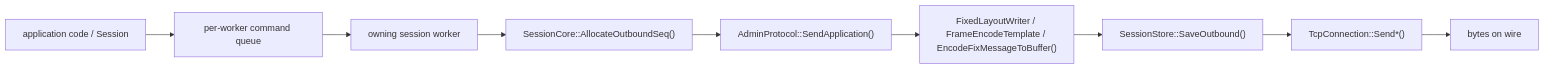
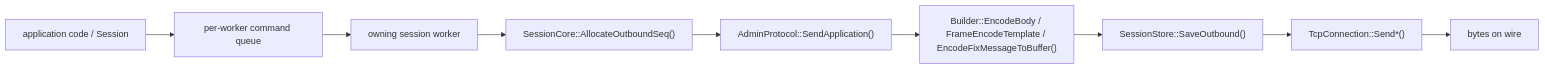
The third of 4 diagrams in docs/architecture.md (yhwwwwww/nimblefix), drawn with Mermaid before and after one commit. The commit also changed other lines of this file and 11 other files, not shown here.

````diff
--- a/docs/architecture.md
+++ b/docs/architecture.md
@@ -710,11 +697,11 @@
 ```mermaid
 flowchart LR
     APP["application code / Session<Profile>"] --> CMD["per-worker command queue"]
     CMD --> WORKER["owning session worker"]
     WORKER --> SEQ["SessionCore::AllocateOutboundSeq()"]
     SEQ --> SEND["AdminProtocol::SendApplication()"]
-    SEND --> ENC["FixedLayoutWriter / FrameEncodeTemplate / EncodeFixMessageToBuffer()"]
+    SEND --> ENC["Builder::EncodeBody / FrameEncodeTemplate / EncodeFixMessageToBuffer()"]
     ENC --> STORE["SessionStore::SaveOutbound()"]
     STORE --> TX["TcpConnection::Send*()"]
     TX --> WIRE["bytes on wire"]
 ```
````
